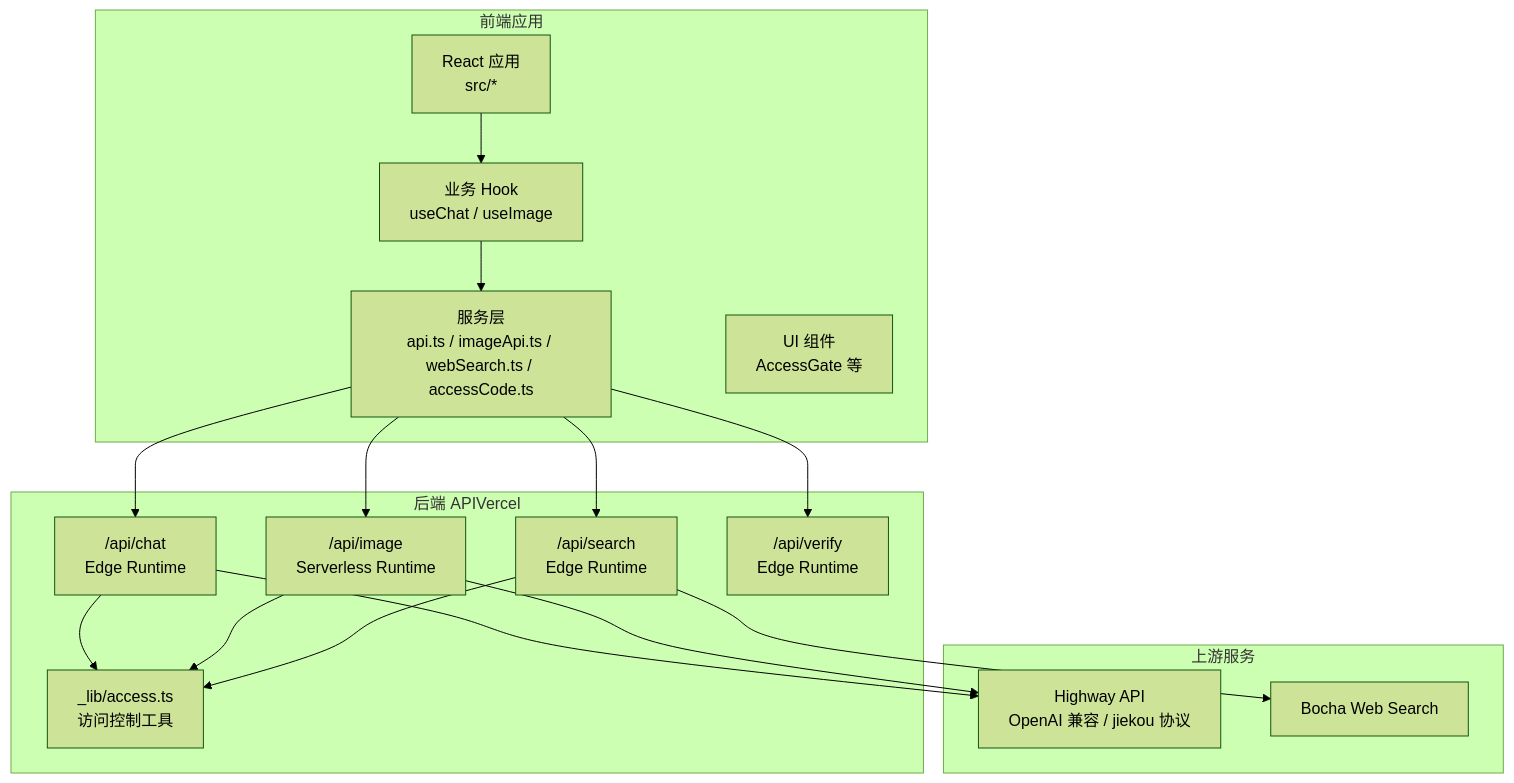
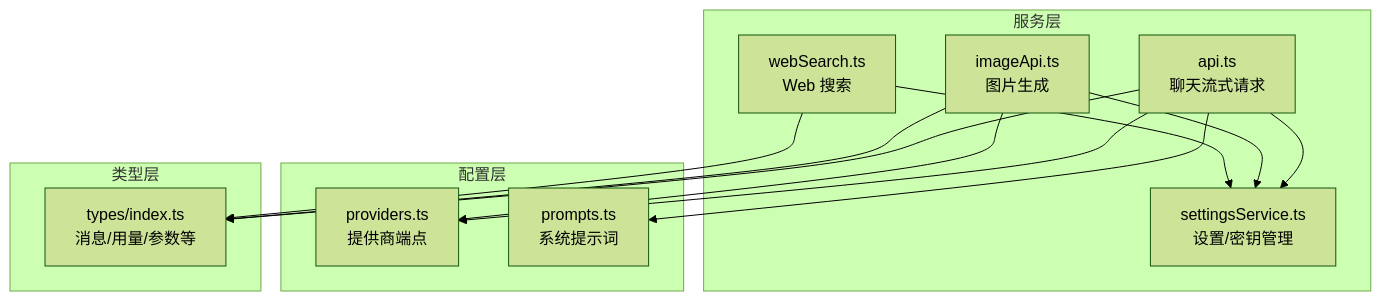
One commit to billye220670/AIShop changed the first of 7 diagrams in .qoder/repowiki/zh/content/API 集成/API 集成.md. Above: the diagram before and after it, drawn with Mermaid (forest theme). The commit also changed other lines of this file and 135 other files, not shown here.

````diff
--- a/.qoder/repowiki/zh/content/API 集成/API 集成.md
+++ b/.qoder/repowiki/zh/content/API 集成/API 集成.md
@@ -48,32 +40,25 @@
 ```mermaid
 graph TB
-subgraph "前端应用"
-FE_App["React 应用<br/>src/*"]
-FE_Hooks["业务 Hook<br/>useChat / useImage"]
-FE_Services["服务层<br/>api.ts / imageApi.ts / webSearch.ts / accessCode.ts"]
-FE_Components["UI 组件<br/>AccessGate 等"]
+subgraph "服务层"
+A["api.ts<br/>聊天流式请求"]
+B["imageApi.ts<br/>图片生成"]
+C["webSearch.ts<br/>Web 搜索"]
+D["settingsService.ts<br/>设置/密钥管理"]
 end
-subgraph "后端 APIVercel"
-BE_Chat["/api/chat<br/>Edge Runtime"]
-BE_Image["/api/image<br/>Serverless Runtime"]
-BE_Search["/api/search<br/>Edge Runtime"]
-BE_Verify["/api/verify<br/>Edge Runtime"]
-BE_Access["_lib/access.ts<br/>访问控制工具"]
+subgraph "配置层"
+E["providers.ts<br/>提供商端点"]
+F["prompts.ts<br/>系统提示词"]
 end
-subgraph "上游服务"
-U_Highway["Highway API<br/>OpenAI 兼容 / jiekou 协议"]
-U_Bocha["Bocha Web Search"]
+subgraph "类型层"
+G["types/index.ts<br/>消息/用量/参数等"]
 end
-FE_App --> FE_Hooks
-FE_Hooks --> FE_Services
-FE_Services --> BE_Chat
-FE_Services --> BE_Image
-FE_Services --> BE_Search
-FE_Services --> BE_Verify
-BE_Chat --> BE_Access
-BE_Image --> BE_Access
-BE_Search --> BE_Access
-BE_Chat --> U_Highway
-BE_Image --> U_Highway
-BE_Search --> U_Bocha
+A --> D
+A --> E
+A --> F
+A --> G
+B --> D
+B --> E
+B --> G
+C --> D
+C --> G
 ```
````
